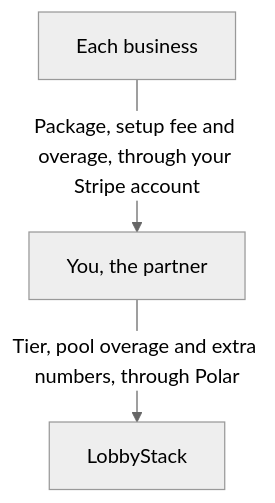
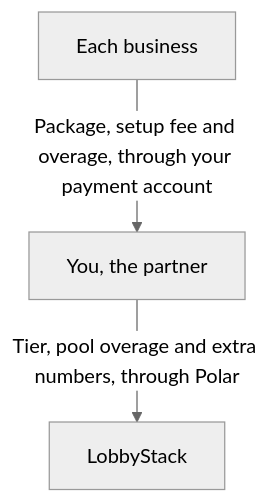
The diagram in mintlify/white-label/overview.mdx (lobbystack/lobbystack), drawn with Mermaid (neutral theme) before and after one commit. The commit also changed other lines of this file and 29 other files, not shown here.

````diff
--- a/mintlify/white-label/overview.mdx
+++ b/mintlify/white-label/overview.mdx
@@ -61,5 +61,5 @@
 ```mermaid
 flowchart TD
-  business["Each business"] -- "Package, setup fee and overage, through your Stripe account" --> partner["You, the partner"]
+  business["Each business"] -- "Package, setup fee and overage, through your payment account" --> partner["You, the partner"]
   partner -- "Tier, pool overage and extra numbers, through Polar" --> host["LobbyStack"]
 ```
````
